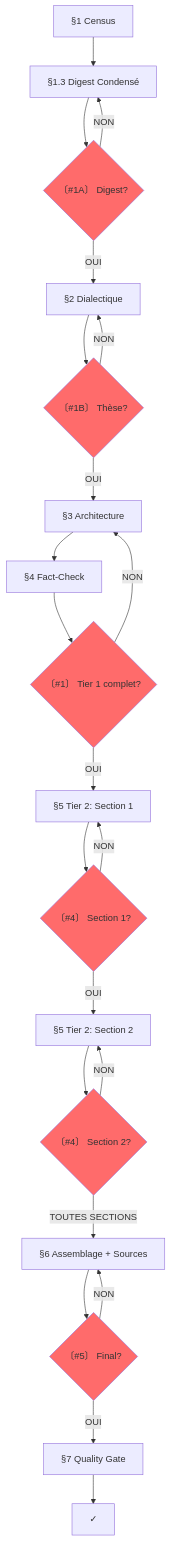
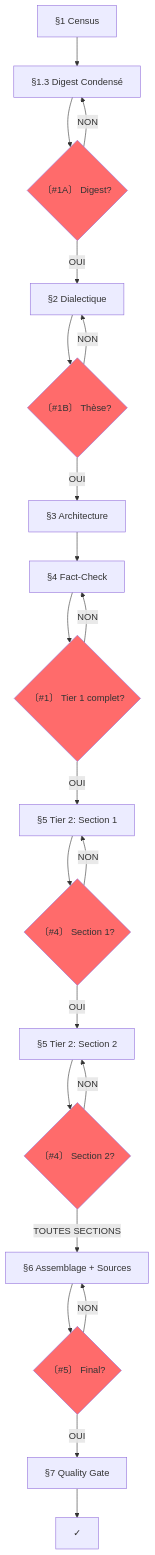
Before and after one commit to giak/Truth-engine: the diagram in tools/prompts/systems/SUBLIMATOR_v27.0.md, drawn with Mermaid. The commit also changed other lines of this file, not shown here.

````diff
--- a/tools/prompts/systems/SUBLIMATOR_v27.0.md
+++ b/tools/prompts/systems/SUBLIMATOR_v27.0.md
@@ -720,31 +722,31 @@
 ```mermaid
 graph TD
     A[§1 Census] --> B[§1.3 Digest Condensé]
     B --> C{〔#1A〕 Digest?}
     C -->|NON| B
     C -->|OUI| D[§2 Dialectique]
     D --> E{〔#1B〕 Thèse?}
     E -->|NON| D
     E -->|OUI| F[§3 Architecture]
     F --> G[§4 Fact-Check]
     G --> H{〔#1〕 Tier 1 complet?}
-    H -->|NON| F
+    H -->|NON| G
     H -->|OUI| I[§5 Tier 2: Section 1]
     I --> J{〔#4〕 Section 1?}
     J -->|NON| I
     J -->|OUI| K[§5 Tier 2: Section 2]
     K --> L{〔#4〕 Section 2?}
     L -->|NON| K
     L -->|TOUTES SECTIONS| M[§6 Assemblage + Sources]
     M --> N{〔#5〕 Final?}
     N -->|NON| M
     N -->|OUI| O[§7 Quality Gate]
     O --> P[✓]
 
     style C fill:#ff6b6b
     style E fill:#ff6b6b
     style H fill:#ff6b6b
     style J fill:#ff6b6b
     style L fill:#ff6b6b
     style N fill:#ff6b6b
 ```
````
